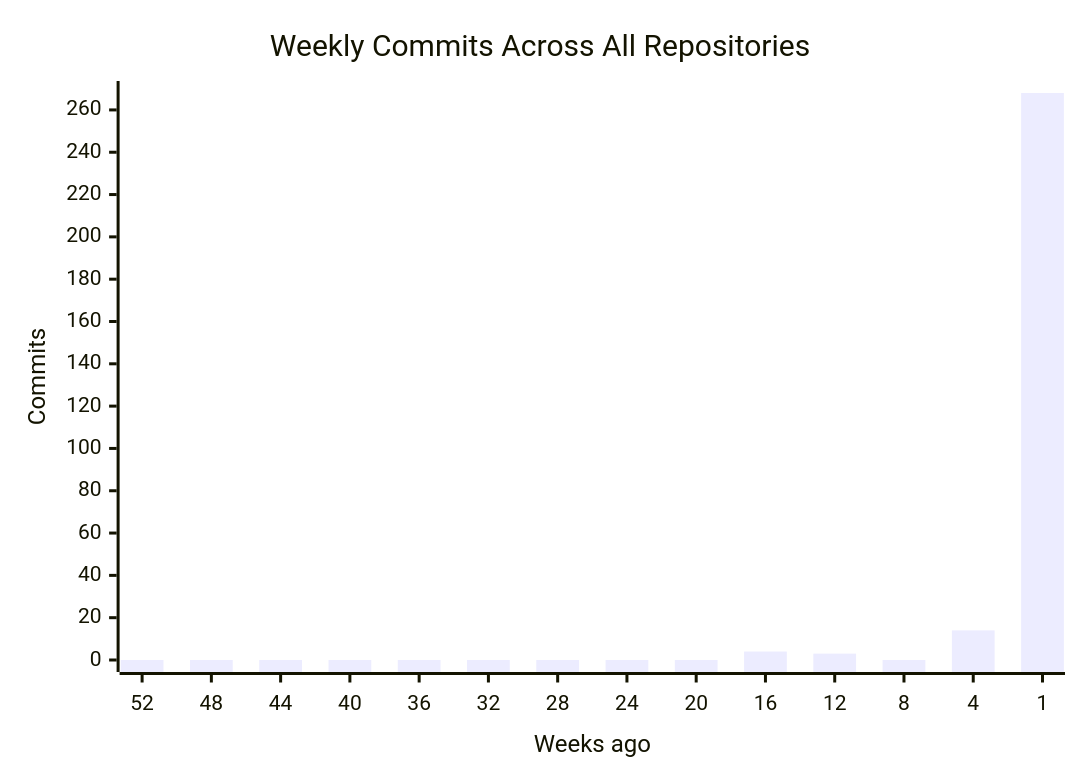
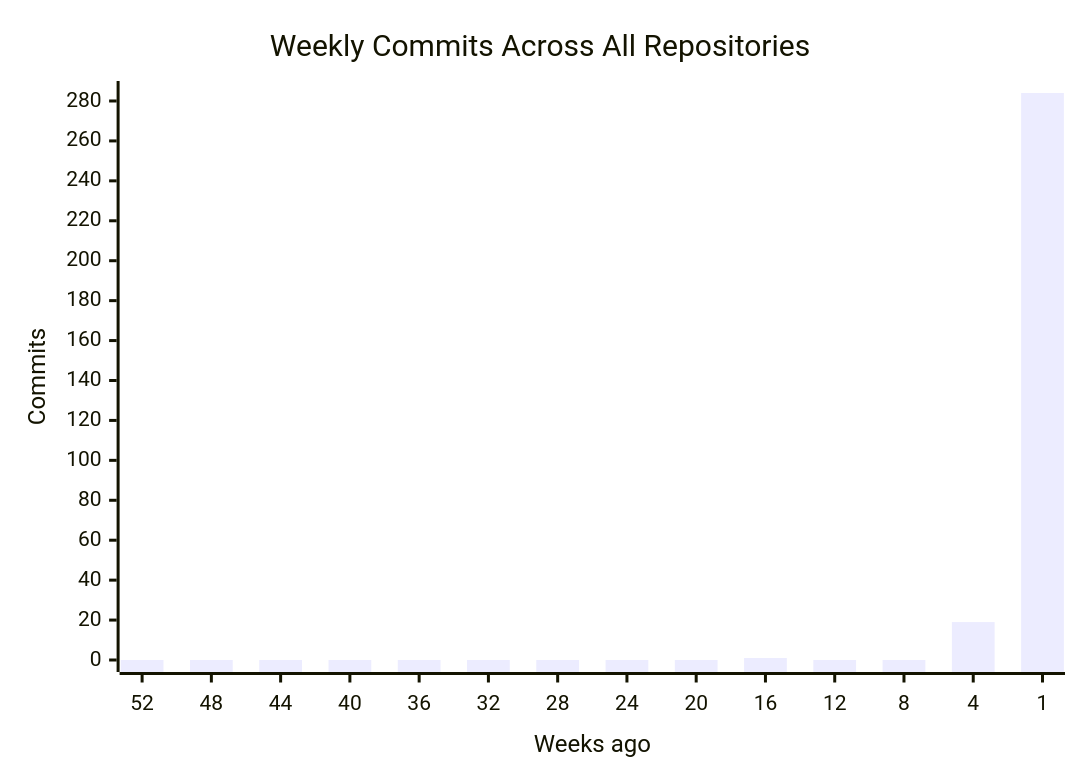
Before and after one commit to CSTH-Projects/.github: the first of 4 diagrams in profile/README.md, drawn with Mermaid. The commit also changed other lines of this file, not shown here.

````diff
--- a/profile/README.md
+++ b/profile/README.md
@@ -16,7 +16,7 @@
 ```mermaid
 xychart-beta
     title "Weekly Commits Across All Repositories"
     x-axis "Weeks ago" [52, 48, 44, 40, 36, 32, 28, 24, 20, 16, 12, 8, 4, 1]
     y-axis "Commits"
-    bar [0, 0, 0, 0, 0, 0, 0, 0, 0, 4, 3, 0, 14, 268]
+    bar [0, 0, 0, 0, 0, 0, 0, 0, 0, 1, 0, 0, 19, 284]
 ```
````
